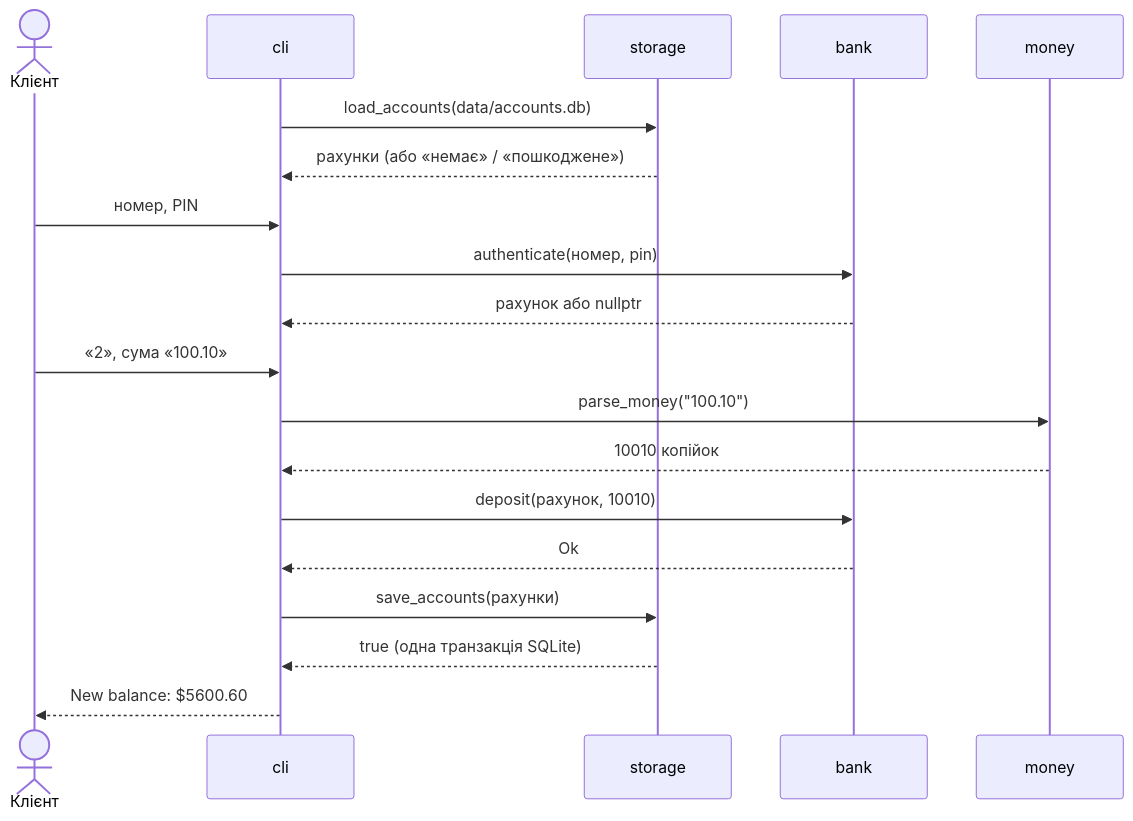
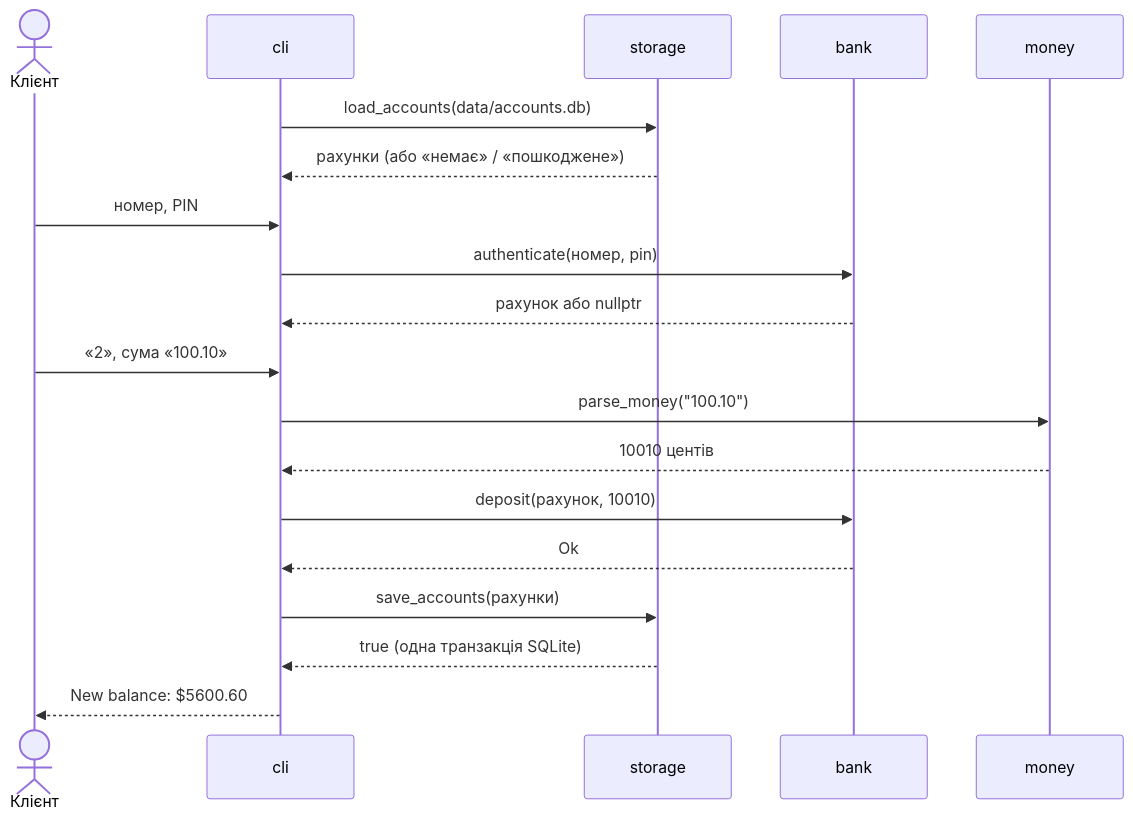
The first of 2 diagrams in 2-architecture/integration-plan.md (dyrikos/product-banksystem), drawn with Mermaid before and after one commit. The commit also changed other lines of this file and 29 other files, not shown here.

````diff
--- a/2-architecture/integration-plan.md
+++ b/2-architecture/integration-plan.md
@@ -15,21 +15,21 @@
 ```mermaid
 sequenceDiagram
     actor C as Клієнт
     participant cli
     participant storage
     participant bank
     participant money
     cli->>storage: load_accounts(data/accounts.db)
     storage-->>cli: рахунки (або «немає» / «пошкоджене»)
     C->>cli: номер, PIN
     cli->>bank: authenticate(номер, pin)
     bank-->>cli: рахунок або nullptr
     C->>cli: «2», сума «100.10»
     cli->>money: parse_money("100.10")
-    money-->>cli: 10010 копійок
+    money-->>cli: 10010 центів
     cli->>bank: deposit(рахунок, 10010)
     bank-->>cli: Ok
     cli->>storage: save_accounts(рахунки)
     storage-->>cli: true (одна транзакція SQLite)
     cli-->>C: New balance: $5600.60
 ```
````
